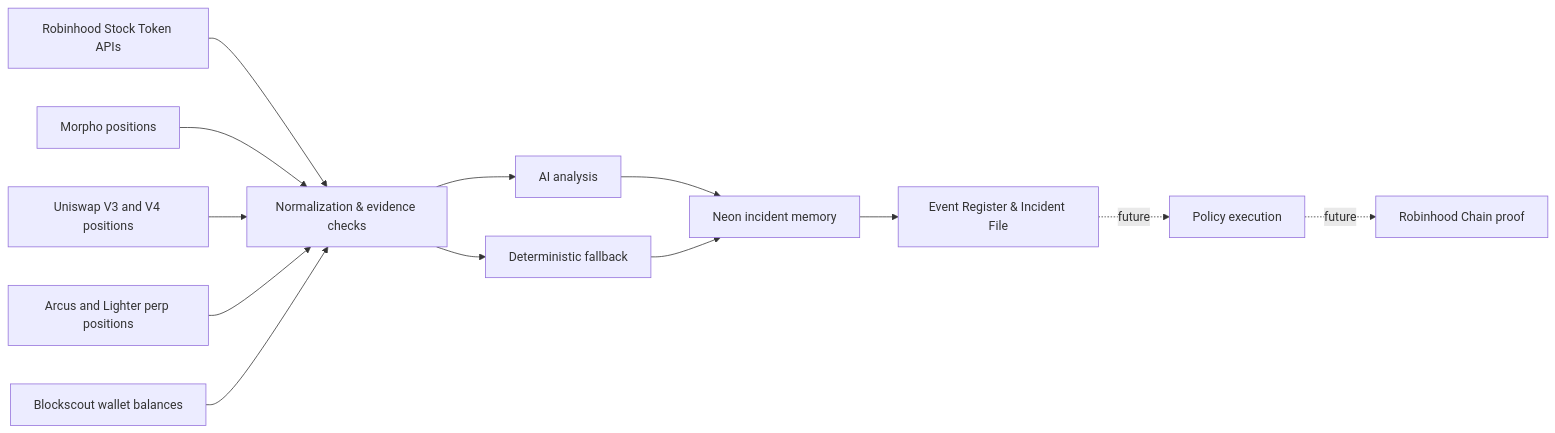
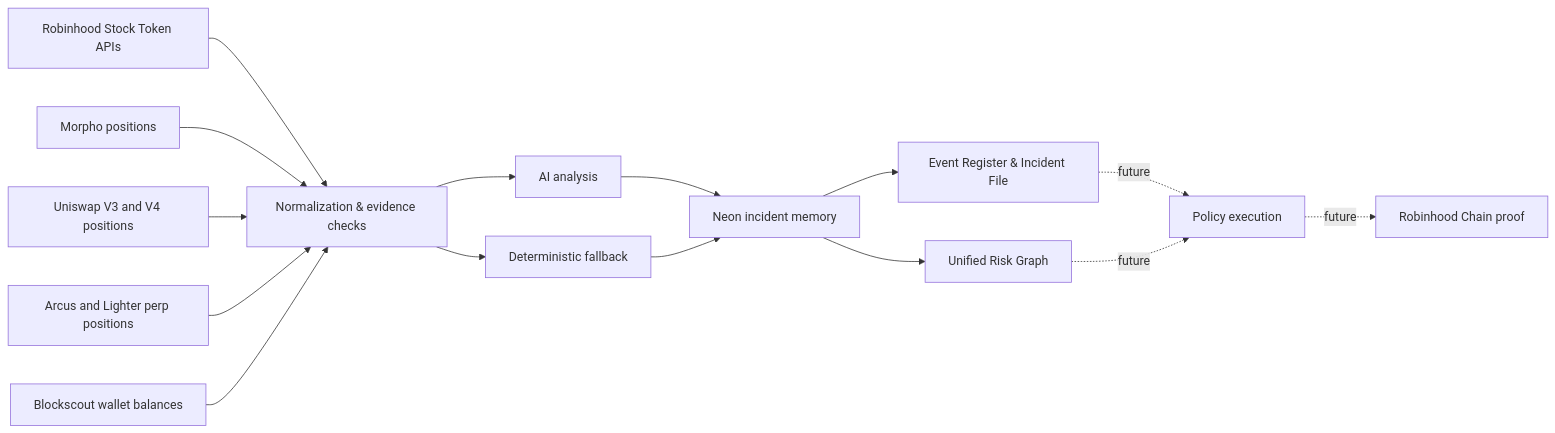
One commit to jiyu1337/mihari changed the diagram in README.md. Above: the diagram before and after it, drawn with Mermaid. The commit also changed other lines of this file and 4 other files, not shown here.

Commit message:
Document unified risk graph

````diff
--- a/README.md
+++ b/README.md
@@ -84,15 +86,17 @@
 ```mermaid
 flowchart LR
     A["Robinhood Stock Token APIs"] --> B["Normalization & evidence checks"]
     M["Morpho positions"] --> B
     U["Uniswap V3 and V4 positions"] --> B
     P["Arcus and Lighter perp positions"] --> B
     W["Blockscout wallet balances"] --> B
     B --> C["AI analysis"]
     B --> D["Deterministic fallback"]
     C --> E["Neon incident memory"]
     D --> E
     E --> F["Event Register & Incident File"]
+    E --> R["Unified Risk Graph"]
     F -. future .-> G["Policy execution"]
+    R -. future .-> G
     G -. future .-> H["Robinhood Chain proof"]
 ```
````
